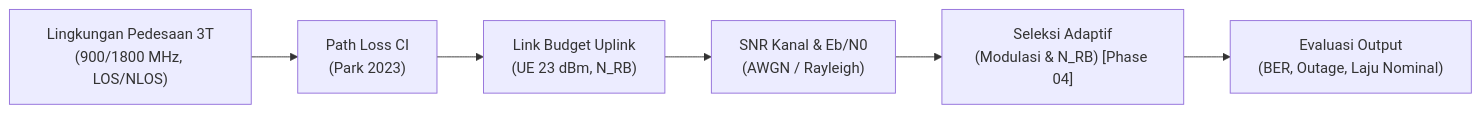
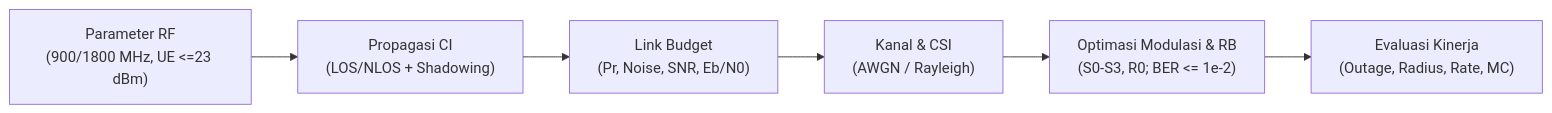
One commit to Legorvey/rural-link changed the diagram in README.md. Above: the diagram before and after it, drawn with Mermaid. The commit also changed other lines of this file, not shown here.

````diff
--- a/README.md
+++ b/README.md
@@ -105,8 +36,8 @@
 ```mermaid
 flowchart LR
-    A["Lingkungan Pedesaan 3T<br/>(900/1800 MHz, LOS/NLOS)"] --> B["Path Loss CI<br/>(Park 2023)"]
-    B --> C["Link Budget Uplink<br/>(UE 23 dBm, N_RB)"]
-    C --> D["SNR Kanal & Eb/N0<br/>(AWGN / Rayleigh)"]
-    D --> E["Seleksi Adaptif<br/>(Modulasi & N_RB) [Phase 04]"]
-    E --> F["Evaluasi Output<br/>(BER, Outage, Laju Nominal)"]
+    A["Parameter RF<br/>(900/1800 MHz, UE <=23 dBm)"] --> B["Propagasi CI<br/>(LOS/NLOS + Shadowing)"]
+    B --> C["Link Budget<br/>(Pr, Noise, SNR, Eb/N0)"]
+    C --> D["Kanal & CSI<br/>(AWGN / Rayleigh)"]
+    D --> E["Optimasi Modulasi & RB<br/>(S0-S3, R0; BER <= 1e-2)"]
+    E --> F["Evaluasi Kinerja<br/>(Outage, Radius, Rate, MC)"]
 ```
````
